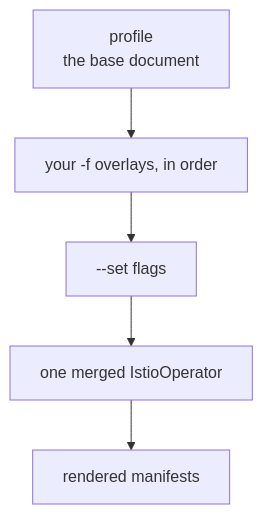
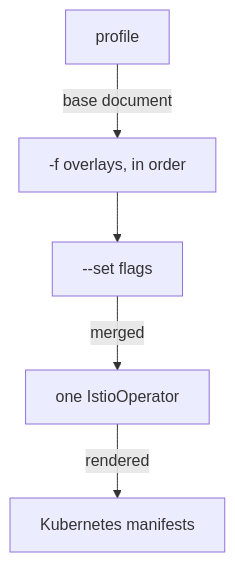
One commit to astrona-io/ATS013 changed the diagram in sections/section-020/module-01/course-01-the-four-configuration-layers.md. Above: the diagram before and after it, drawn with Mermaid. The commit also changed other lines of this file and 25 other files, not shown here.

````diff
--- a/sections/section-020/module-01/course-01-the-four-configuration-layers.md
+++ b/sections/section-020/module-01/course-01-the-four-configuration-layers.md
@@ -48,7 +66,7 @@
 ```mermaid
 flowchart TD
-    P["profile<br/>the base document"] --> O["your -f overlays, in order"]
+    P["profile"] -->|"base document"| O["-f overlays, in order"]
     O --> F["--set flags"]
-    F --> M["one merged IstioOperator"]
-    M --> R["rendered manifests"]
+    F -->|"merged"| M["one IstioOperator"]
+    M -->|"rendered"| R["Kubernetes manifests"]
 ```
````
